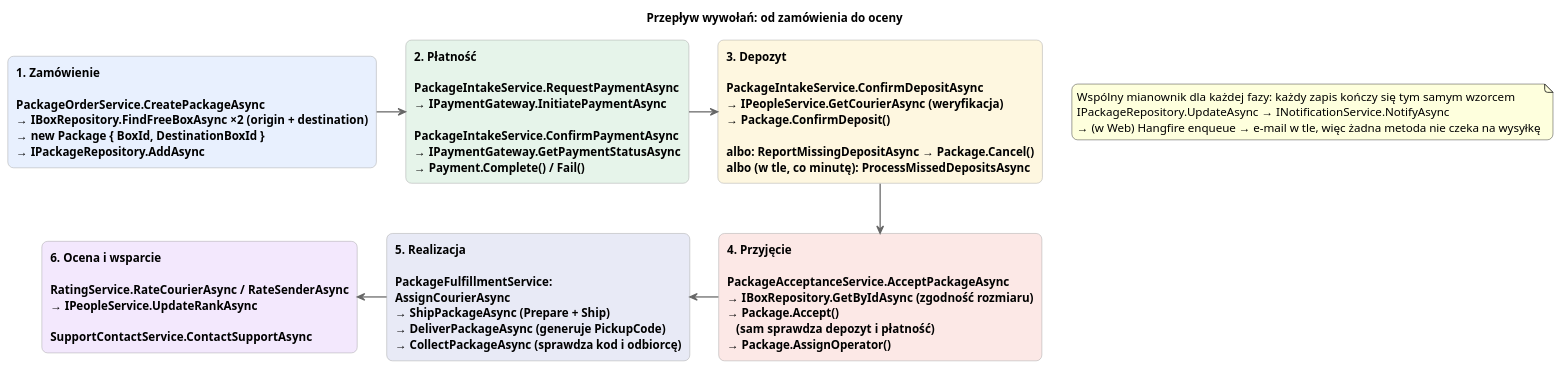
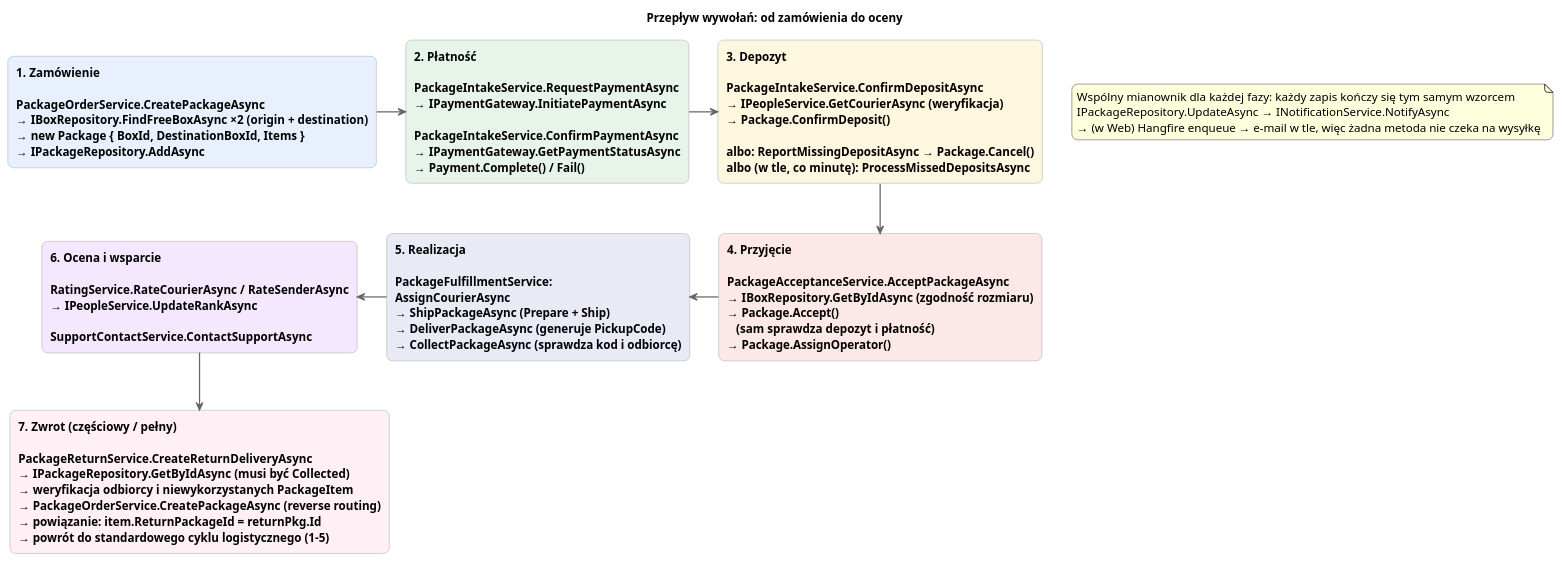
The diagram in krzycha/docs/method-call-flow.puml (AGH-ISI-projects/package-management), drawn with PlantUML before and after one commit. The commit also changed 3 other files, not shown here.

Commit message:
Update PlantUML sequence and class diagrams for package items and returns; recompile PDF

```diff
--- a/krzycha/docs/method-call-flow.puml
+++ b/krzycha/docs/method-call-flow.puml
@@ -1,39 +1,42 @@
 @startuml
 title Przepływ wywołań: od zamówienia do oceny
 
 skinparam backgroundColor white
 skinparam roundcorner 14
 skinparam shadowing false
 skinparam ArrowColor #666666
 skinparam ArrowThickness 1.5
 skinparam defaultFontSize 14
 skinparam rectangle {
     BorderColor #999999
     FontStyle bold
 }
 
-rectangle "<b>1. Zamówienie</b>\n\nPackageOrderService.CreatePackageAsync\n→ IBoxRepository.FindFreeBoxAsync ×2 (origin + destination)\n→ new Package { BoxId, DestinationBoxId }\n→ IPackageRepository.AddAsync" as F1 #E8F0FE
+rectangle "<b>1. Zamówienie</b>\n\nPackageOrderService.CreatePackageAsync\n→ IBoxRepository.FindFreeBoxAsync ×2 (origin + destination)\n→ new Package { BoxId, DestinationBoxId, Items }\n→ IPackageRepository.AddAsync" as F1 #E8F0FE
 
 rectangle "<b>2. Płatność</b>\n\nPackageIntakeService.RequestPaymentAsync\n→ IPaymentGateway.InitiatePaymentAsync\n\nPackageIntakeService.ConfirmPaymentAsync\n→ IPaymentGateway.GetPaymentStatusAsync\n→ Payment.Complete() / Fail()" as F2 #E6F4EA
 
 rectangle "<b>3. Depozyt</b>\n\nPackageIntakeService.ConfirmDepositAsync\n→ IPeopleService.GetCourierAsync (weryfikacja)\n→ Package.ConfirmDeposit()\n\nalbo: ReportMissingDepositAsync → Package.Cancel()\nalbo (w tle, co minutę): ProcessMissedDepositsAsync" as F3 #FEF7E0
 
 rectangle "<b>4. Przyjęcie</b>\n\nPackageAcceptanceService.AcceptPackageAsync\n→ IBoxRepository.GetByIdAsync (zgodność rozmiaru)\n→ Package.Accept()\n   (sam sprawdza depozyt i płatność)\n→ Package.AssignOperator()" as F4 #FCE8E6
 
 rectangle "<b>5. Realizacja</b>\n\nPackageFulfillmentService:\nAssignCourierAsync\n→ ShipPackageAsync (Prepare + Ship)\n→ DeliverPackageAsync (generuje PickupCode)\n→ CollectPackageAsync (sprawdza kod i odbiorcę)" as F5 #E8EAF6
 
 rectangle "<b>6. Ocena i wsparcie</b>\n\nRatingService.RateCourierAsync / RateSenderAsync\n→ IPeopleService.UpdateRankAsync\n\nSupportContactService.ContactSupportAsync" as F6 #F3E8FD
 
+rectangle "<b>7. Zwrot (częściowy / pełny)</b>\n\nPackageReturnService.CreateReturnDeliveryAsync\n→ IPackageRepository.GetByIdAsync (musi być Collected)\n→ weryfikacja odbiorcy i niewykorzystanych PackageItem\n→ PackageOrderService.CreatePackageAsync (reverse routing)\n→ powiązanie: item.ReturnPackageId = returnPkg.Id\n→ powrót do standardowego cyklu logistycznego (1-5)" as F7 #FFF0F5
+
 F1 -right-> F2
 F2 -right-> F3
 F3 -down-> F4
 F4 -left-> F5
 F5 -left-> F6
+F6 -down-> F7
 
 note as Common
   Wspólny mianownik dla każdej fazy: każdy zapis kończy się tym samym wzorcem
   IPackageRepository.UpdateAsync → INotificationService.NotifyAsync
   → (w Web) Hangfire enqueue → e-mail w tle, więc żadna metoda nie czeka na wysyłkę
 end note
 
 @enduml
```
